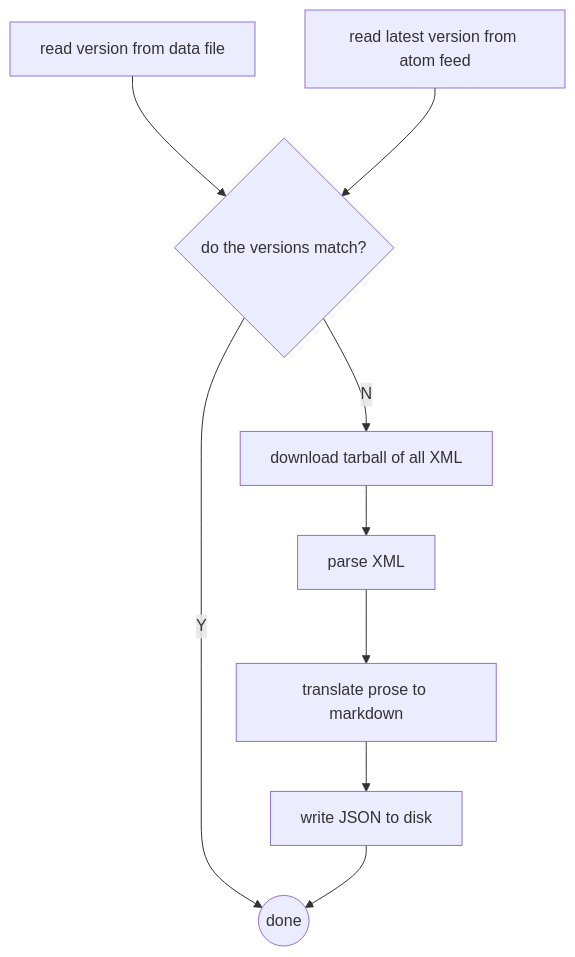
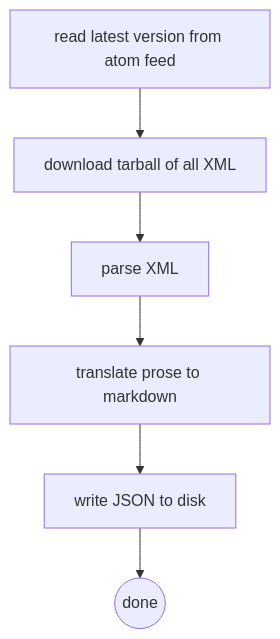
Before and after one commit to nginx/nginx-directive-reference: the first of 2 diagrams in reference-converter/README.md, drawn with Mermaid. The commit also changed other lines of this file, not shown here.

Commit message:
doc: tweak readme (#5)
Make the flowcharts accurate

````diff
--- a/reference-converter/README.md
+++ b/reference-converter/README.md
@@ -7,17 +7,11 @@
 ```mermaid
 flowchart
     fetch_atom[read latest version from atom feed]
-    read_datafile[read version from data file]
-    version_matches{do the versions match?}
     download_tarball[download tarball of all XML]
     parse_xml[parse XML]
     render_md[translate prose to markdown]
     write[write JSON to disk]
     done((done))
 
-    read_datafile --> version_matches
-    fetch_atom --> version_matches
-
-    version_matches -->|Y| done
-    version_matches -->|N| download_tarball --> parse_xml --> render_md --> write --> done
+    fetch_atom --> download_tarball --> parse_xml --> render_md --> write --> done
 ```
````
